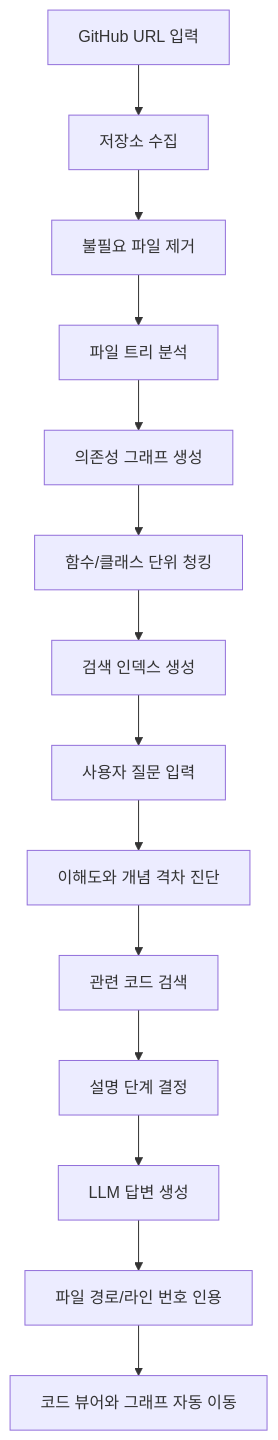
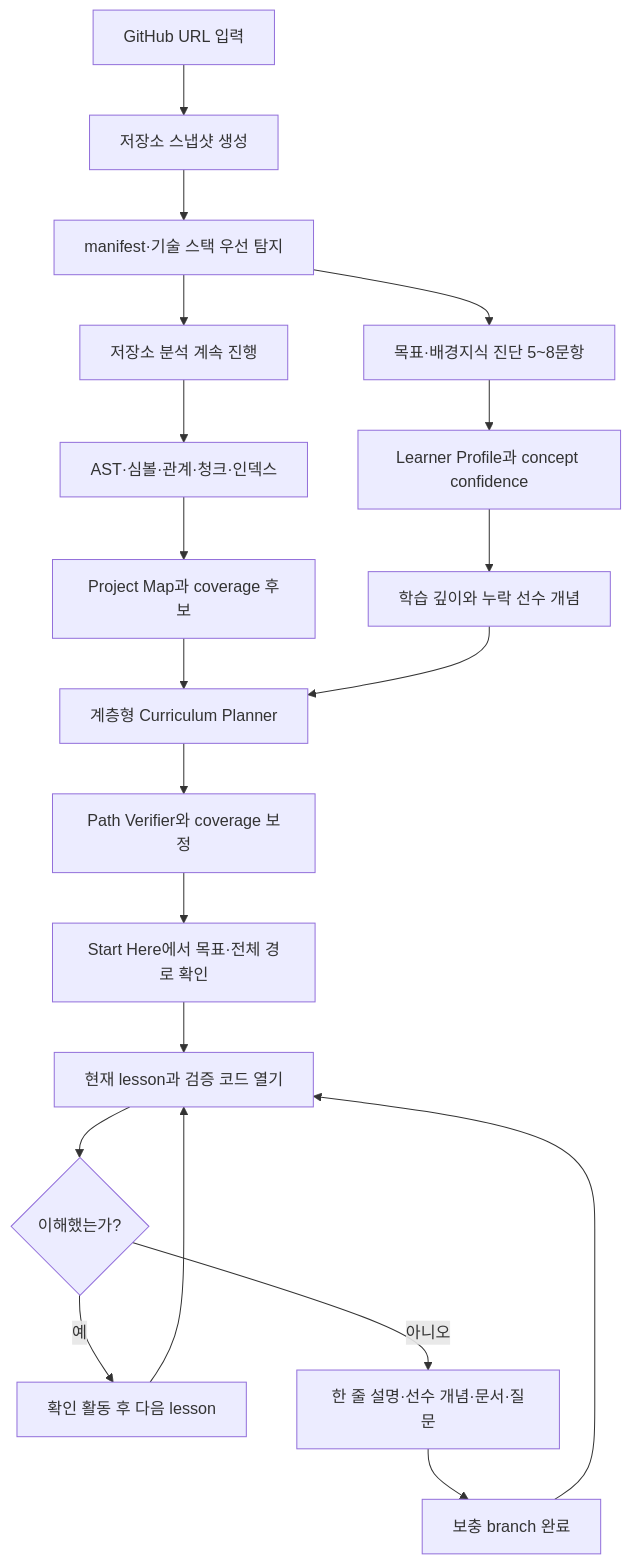
One commit to leeseungmin1013/RepoWiseAI changed the first of 2 diagrams in PROJECT_PLAN.md. Above: the diagram before and after it, drawn with Mermaid. The commit also changed other lines of this file and 145 other files, not shown here.

````diff
--- a/PROJECT_PLAN.md
+++ b/PROJECT_PLAN.md
@@ -82,16 +209,22 @@
 ```mermaid
 flowchart TD
-    A["GitHub URL 입력"] --> B["저장소 수집"]
-    B --> C["불필요 파일 제거"]
-    C --> D["파일 트리 분석"]
-    D --> E["의존성 그래프 생성"]
-    E --> F["함수/클래스 단위 청킹"]
-    F --> G["검색 인덱스 생성"]
-    G --> H["사용자 질문 입력"]
-    H --> I["이해도와 개념 격차 진단"]
-    I --> J["관련 코드 검색"]
-    J --> K["설명 단계 결정"]
-    K --> L["LLM 답변 생성"]
-    L --> M["파일 경로/라인 번호 인용"]
-    M --> N["코드 뷰어와 그래프 자동 이동"]
+    A["GitHub URL 입력"] --> B["저장소 스냅샷 생성"]
+    B --> C["manifest·기술 스택 우선 탐지"]
+    C --> D["저장소 분석 계속 진행"]
+    C --> E["목표·배경지식 진단 5~8문항"]
+    D --> F["AST·심볼·관계·청크·인덱스"]
+    E --> G["Learner Profile과 concept confidence"]
+    F --> H["Project Map과 coverage 후보"]
+    G --> I["학습 깊이와 누락 선수 개념"]
+    H --> J["계층형 Curriculum Planner"]
+    I --> J
+    J --> K["Path Verifier와 coverage 보정"]
+    K --> L["Start Here에서 목표·전체 경로 확인"]
+    L --> M["현재 lesson과 검증 코드 열기"]
+    M --> N{"이해했는가?"}
+    N -->|예| O["확인 활동 후 다음 lesson"]
+    N -->|아니오| P["한 줄 설명·선수 개념·문서·질문"]
+    P --> Q["보충 branch 완료"]
+    Q --> M
+    O --> M
 ```
````
